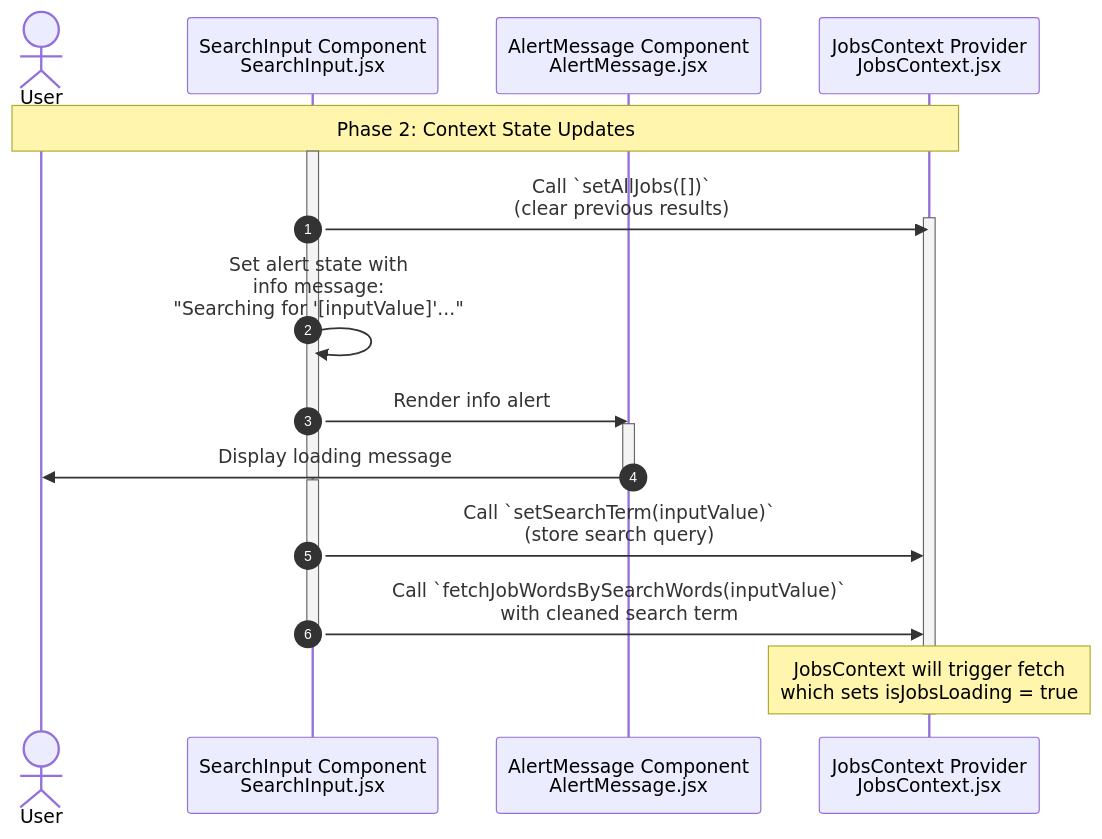
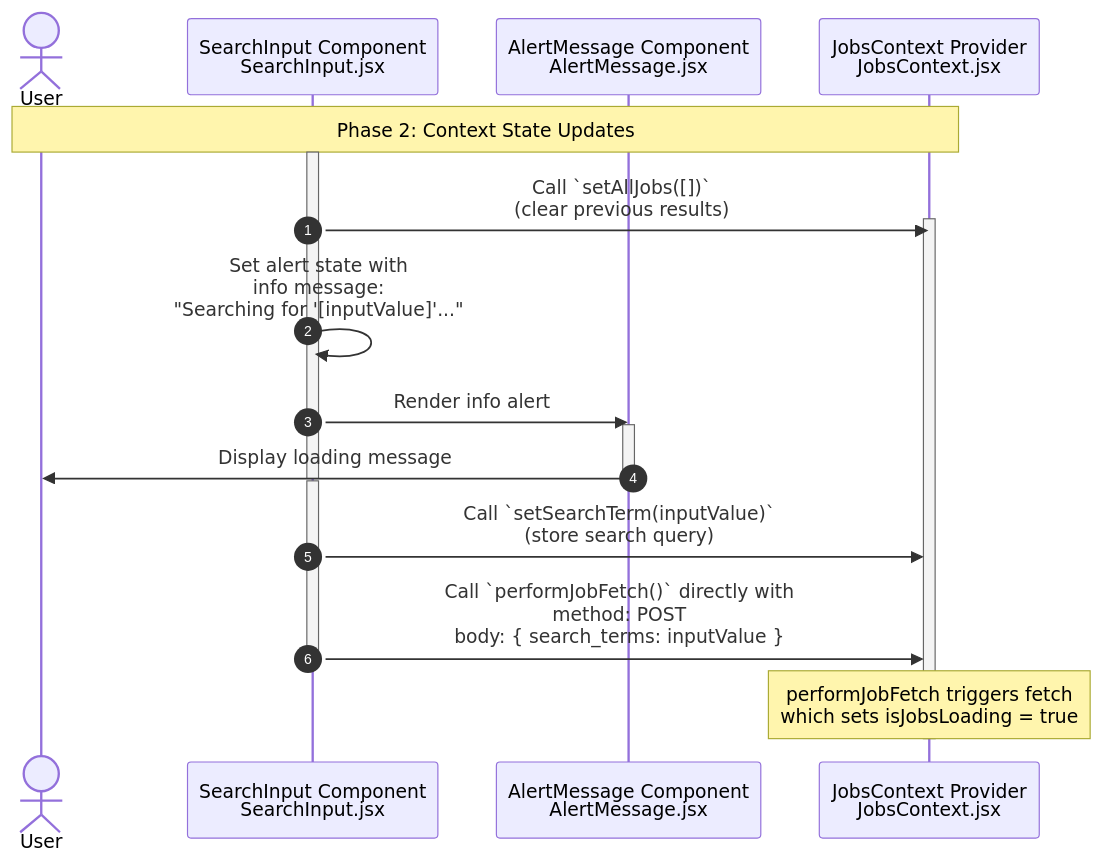
The diagram in documentation/jobFetch/2.Context State Updates.md (YahyaAl-Ademi/2025.10.23-JobCompass), drawn with Mermaid before and after one commit. The commit also changed 5 other files, not shown here.

Commit message:
Refactor job fetching logic: replace fetchJobWordsBySearchWords with performJobFetch, streamline database retrieval for cached jobs

````diff
--- a/documentation/jobFetch/2.Context State Updates.md
+++ b/documentation/jobFetch/2.Context State Updates.md
@@ -7,37 +7,37 @@
 ```mermaid
 sequenceDiagram
     autonumber
     actor User
     %% File paths:
     %% SearchInput: client/src/components/SearchInput/SearchInput.jsx
     %% AlertMessage: client/src/components/AlertMessage/AlertMessage.jsx
     %% JobsContext: client/src/context/JobsContext.jsx
     participant SearchInput as SearchInput Component<br/>SearchInput.jsx
     participant AlertMessage as AlertMessage Component<br/>AlertMessage.jsx
     participant JobsContext as JobsContext Provider<br/>JobsContext.jsx
 
     Note over User,JobsContext: Phase 2: Context State Updates
     activate SearchInput
     SearchInput->>JobsContext: Call `setAllJobs([])`<br/>(clear previous results)
     activate JobsContext
     deactivate SearchInput
 
     activate SearchInput
     SearchInput->>SearchInput: Set alert state with<br/>info message:<br/>"Searching for '[inputValue]'..."
     SearchInput->>AlertMessage: Render info alert
     activate AlertMessage
     AlertMessage->>User: Display loading message
     deactivate AlertMessage
     deactivate SearchInput
 
     activate SearchInput
     SearchInput->>JobsContext: Call `setSearchTerm(inputValue)`<br/>(store search query)
     deactivate SearchInput
 
     activate SearchInput
-    SearchInput->>JobsContext: Call `fetchJobWordsBySearchWords(inputValue)`<br/>with cleaned search term
+    SearchInput->>JobsContext: Call `performJobFetch()` directly with<br/>method: POST<br/>body: { search_terms: inputValue }
     deactivate SearchInput
 
-    Note over JobsContext: JobsContext will trigger fetch<br/>which sets isJobsLoading = true
+    Note over JobsContext: performJobFetch triggers fetch<br/>which sets isJobsLoading = true
     deactivate JobsContext
 ```
````
